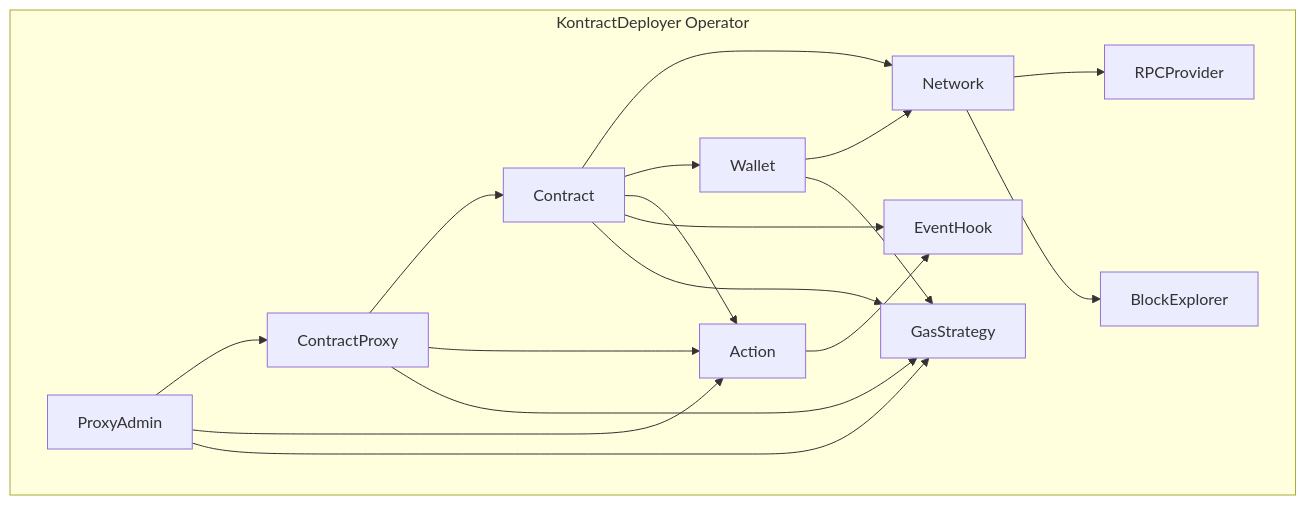
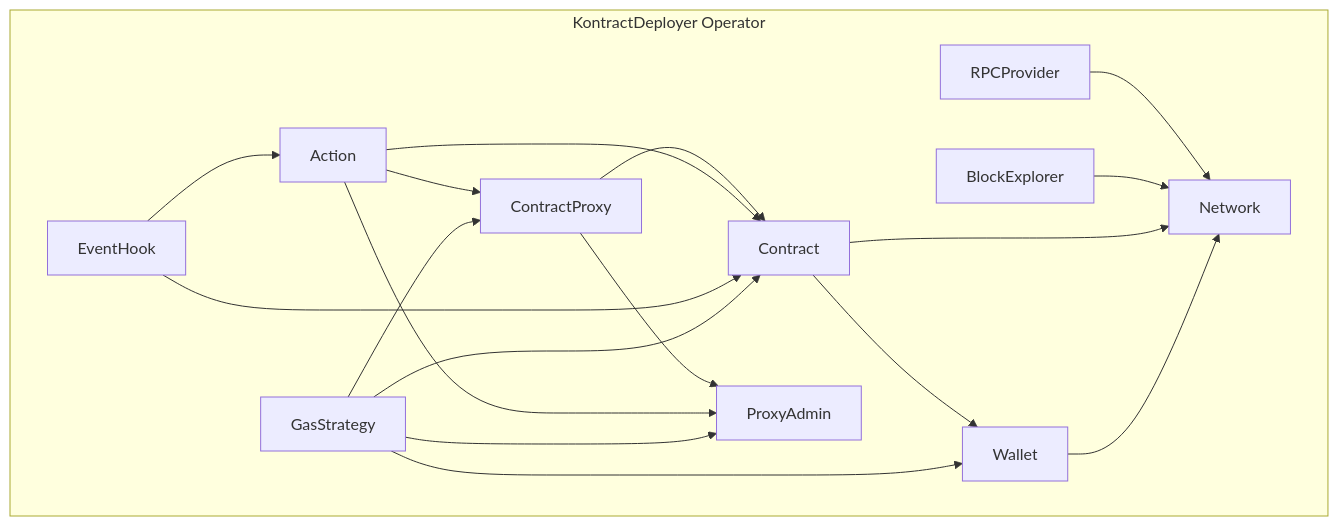
Before and after one commit to expedio-blockchain/Kontract: the diagram in README.md, drawn with Mermaid.

Commit message:
add diagram

````diff
--- a/README.md
+++ b/README.md
@@ -23,21 +23,21 @@
 ```mermaid
 graph TB
     subgraph KontractDeployer Operator
-        Network --> RPCProvider
-        Network --> BlockExplorer
+        RPCProvider --> Network
+        BlockExplorer --> Network
         Contract --> Network
         Wallet --> Network
         Contract --> Wallet
         ContractProxy --> Contract
-        ProxyAdmin --> ContractProxy
-        Contract --> Action
-        ContractProxy --> Action
-        ProxyAdmin --> Action
-        Action --> EventHook
-        Contract --> EventHook
-        Wallet --> GasStrategy
-        Contract --> GasStrategy
-        ContractProxy --> GasStrategy
-        ProxyAdmin --> GasStrategy
+        ContractProxy --> ProxyAdmin
+        Action --> Contract
+        Action --> ContractProxy
+        Action --> ProxyAdmin
+        EventHook --> Action
+        EventHook --> Contract
+        GasStrategy --> Wallet
+        GasStrategy --> Contract
+        GasStrategy --> ContractProxy
+        GasStrategy --> ProxyAdmin
     end
 ```
````
